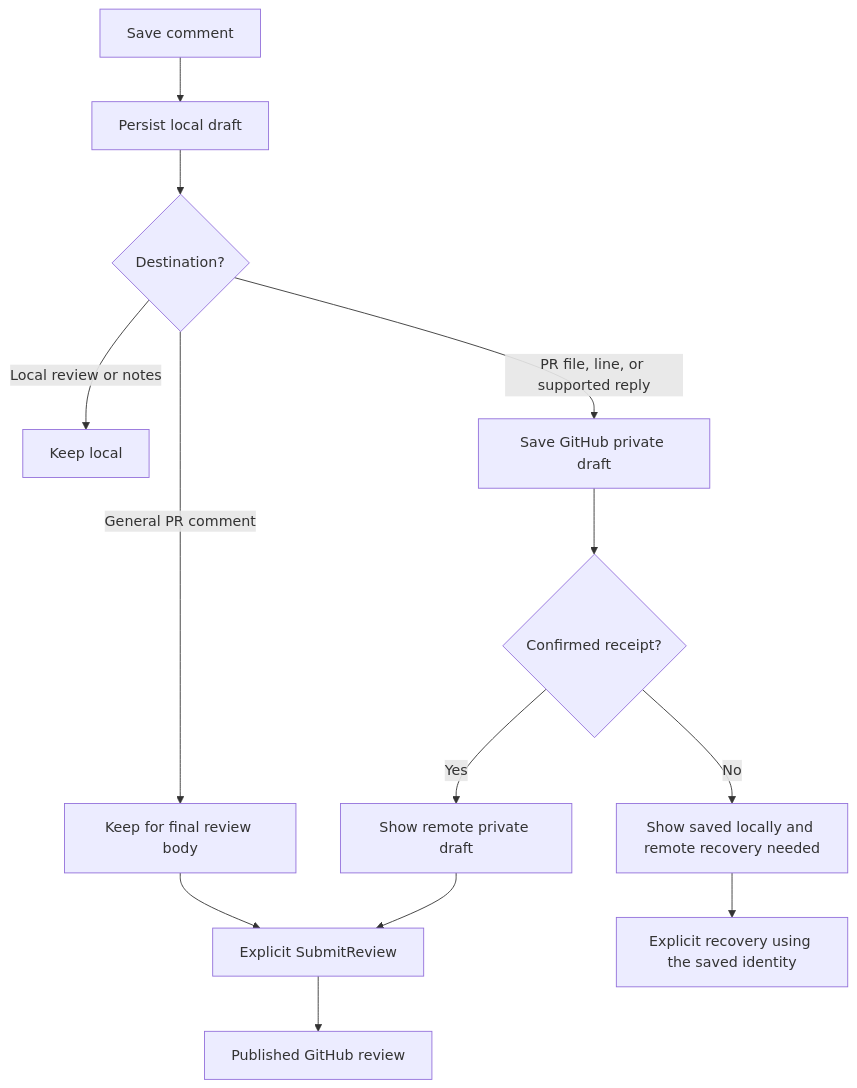
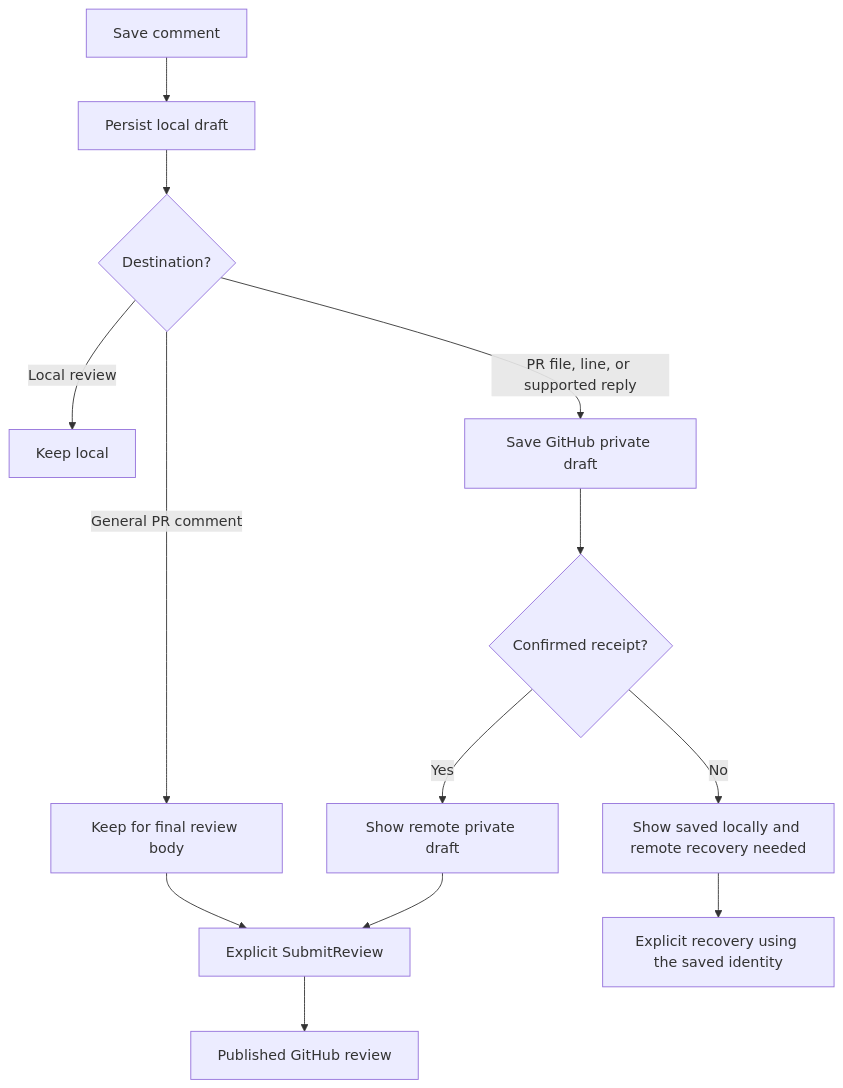
Diagram 11 of 13 in docs/architecture/backend/reviews.md (difflab-io/lgtm), drawn with Mermaid before and after one commit. The commit also changed other lines of this file and 126 other files, not shown here.

````diff
--- a/docs/architecture/backend/reviews.md
+++ b/docs/architecture/backend/reviews.md
@@ -660,15 +459,15 @@
 ```mermaid
 flowchart TD
     A["Save comment"] --> B["Persist local draft"]
     B --> C{"Destination?"}
-    C -->|"Local review or notes"| D["Keep local"]
+    C -->|"Local review"| D["Keep local"]
     C -->|"PR file, line, or supported reply"| E["Save GitHub private draft"]
     C -->|"General PR comment"| F["Keep for final review body"]
     E --> G{"Confirmed receipt?"}
     G -->|"Yes"| H["Show remote private draft"]
     G -->|"No"| I["Show saved locally and remote recovery needed"]
     H --> J["Explicit SubmitReview"]
     F --> J
     J --> K["Published GitHub review"]
     I --> L["Explicit recovery using the saved identity"]
 ```
````
